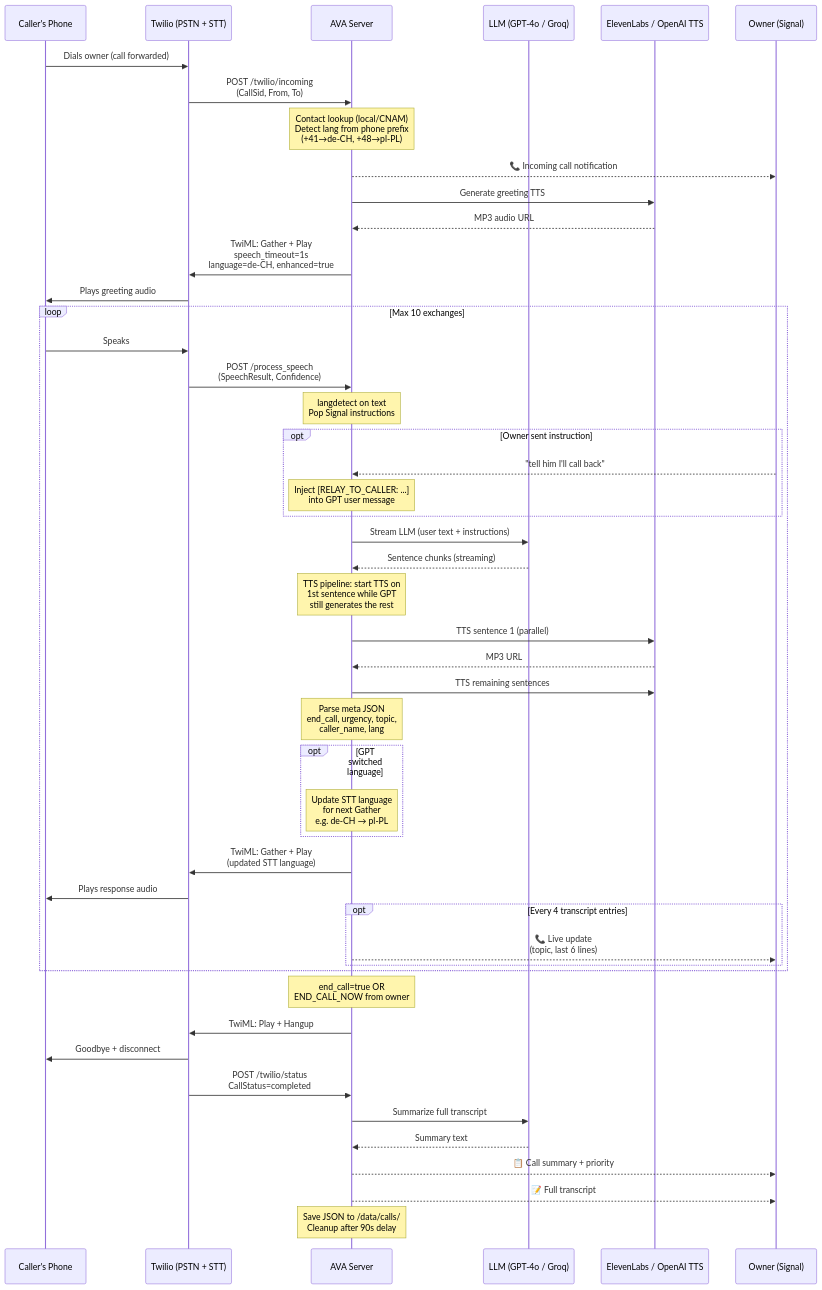
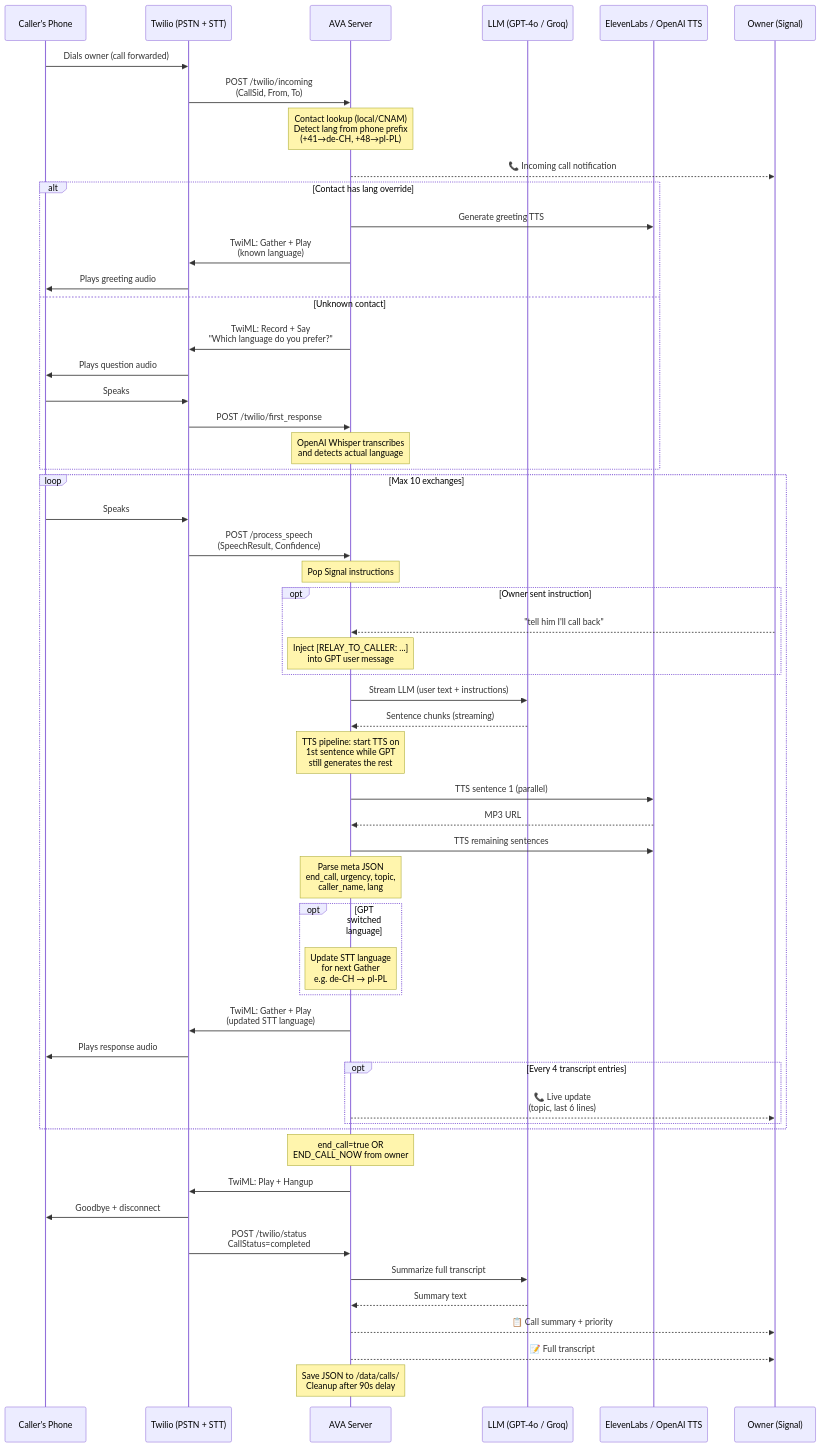
The second of 7 diagrams in README.md (dzaczek/ava), drawn with Mermaid before and after one commit. The commit also changed other lines of this file and 2 other files, not shown here.

First line of the commit message:
docs: Update README and INSTALL guides to reflect Whisper language detection

````diff
--- a/README.md
+++ b/README.md
@@ -79,69 +79,76 @@
 ```mermaid
 sequenceDiagram
     participant Caller as Caller's Phone
     participant Twilio as Twilio (PSTN + STT)
     participant AVA as AVA Server
     participant GPT as LLM (GPT-4o / Groq)
     participant TTS as ElevenLabs / OpenAI TTS
     participant Signal as Owner (Signal)
 
     Caller->>Twilio: Dials owner (call forwarded)
     Twilio->>AVA: POST /twilio/incoming<br/>(CallSid, From, To)
 
     Note over AVA: Contact lookup (local/CNAM)<br/>Detect lang from phone prefix<br/>(+41→de-CH, +48→pl-PL)
 
     AVA-->>Signal: 📞 Incoming call notification
-    AVA->>TTS: Generate greeting TTS
-    TTS-->>AVA: MP3 audio URL
 
-    AVA->>Twilio: TwiML: Gather + Play<br/>speech_timeout=1s<br/>language=de-CH, enhanced=true
-    Twilio->>Caller: Plays greeting audio
+    alt Contact has lang override
+        AVA->>TTS: Generate greeting TTS
+        AVA->>Twilio: TwiML: Gather + Play<br/>(known language)
+        Twilio->>Caller: Plays greeting audio
+    else Unknown contact
+        AVA->>Twilio: TwiML: Record + Say<br/>"Which language do you prefer?"
+        Twilio->>Caller: Plays question audio
+        Caller->>Twilio: Speaks
+        Twilio->>AVA: POST /twilio/first_response
+        Note over AVA: OpenAI Whisper transcribes<br/>and detects actual language
+    end
 
     loop Max 10 exchanges
         Caller->>Twilio: Speaks
         Twilio->>AVA: POST /process_speech<br/>(SpeechResult, Confidence)
 
-        Note over AVA: langdetect on text<br/>Pop Signal instructions
+        Note over AVA: Pop Signal instructions
 
         opt Owner sent instruction
             Signal-->>AVA: "tell him I'll call back"
             Note over AVA: Inject [RELAY_TO_CALLER: ...]<br/>into GPT user message
         end
 
         AVA->>GPT: Stream LLM (user text + instructions)
         GPT-->>AVA: Sentence chunks (streaming)
 
         Note over AVA: TTS pipeline: start TTS on<br/>1st sentence while GPT<br/>still generates the rest
 
         AVA->>TTS: TTS sentence 1 (parallel)
         TTS-->>AVA: MP3 URL
         AVA->>TTS: TTS remaining sentences
 
         Note over AVA: Parse meta JSON<br/>end_call, urgency, topic,<br/>caller_name, lang
 
         opt GPT switched language
             Note over AVA: Update STT language<br/>for next Gather<br/>e.g. de-CH → pl-PL
         end
 
         AVA->>Twilio: TwiML: Gather + Play<br/>(updated STT language)
         Twilio->>Caller: Plays response audio
 
         opt Every 4 transcript entries
             AVA-->>Signal: 📞 Live update<br/>(topic, last 6 lines)
         end
     end
 
     Note over AVA: end_call=true OR<br/>END_CALL_NOW from owner
 
     AVA->>Twilio: TwiML: Play + Hangup
     Twilio->>Caller: Goodbye + disconnect
 
     Twilio->>AVA: POST /twilio/status<br/>CallStatus=completed
 
     AVA->>GPT: Summarize full transcript
     GPT-->>AVA: Summary text
     AVA-->>Signal: 📋 Call summary + priority
     AVA-->>Signal: 📝 Full transcript
 
     Note over AVA: Save JSON to /data/calls/<br/>Cleanup after 90s delay
 ```
````
